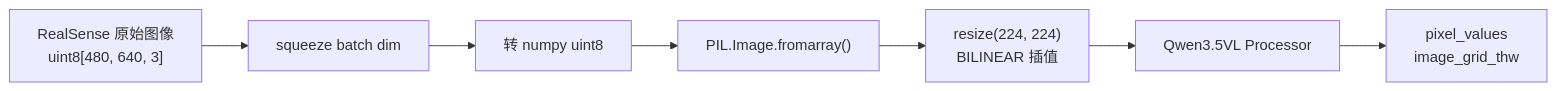
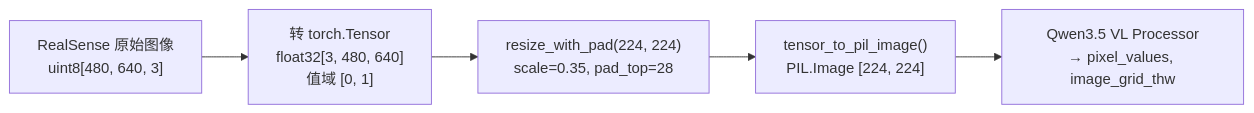
One commit to Avant-US/RLinf changed the seventh of 14 diagrams in b/d/frk1/4wvla_rlinf_eval_2.md. Above: the diagram before and after it, drawn with Mermaid. The commit also changed other lines of this file and 14 other files, not shown here.

````diff
--- a/b/d/frk1/4wvla_rlinf_eval_2.md
+++ b/b/d/frk1/4wvla_rlinf_eval_2.md
@@ -1143,9 +1296,7 @@
 ```mermaid
 graph LR
-    RAW["RealSense 原始图像<br/>uint8[480, 640, 3]"] --> SQUEEZE["squeeze batch dim"]
-    SQUEEZE --> NUMPY["转 numpy uint8"]
-    NUMPY --> PIL["PIL.Image.fromarray()"]
-    PIL --> RESIZE["resize(224, 224)<br/>BILINEAR 插值"]
-    RESIZE --> PROCESSOR["Qwen3.5VL Processor"]
-    PROCESSOR --> TOKENS["pixel_values<br/>image_grid_thw"]
+    RAW["RealSense 原始图像<br/>uint8[480, 640, 3]"] --> TENSOR["转 torch.Tensor<br/>float32[3, 480, 640]<br/>值域 [0, 1]"]
+    TENSOR --> RESIZE["resize_with_pad(224, 224)<br/>scale=0.35, pad_top=28"]
+    RESIZE --> PIL["tensor_to_pil_image()<br/>PIL.Image [224, 224]"]
+    PIL --> PROCESSOR["Qwen3.5 VL Processor<br/>→ pixel_values, image_grid_thw"]
 ```
````
